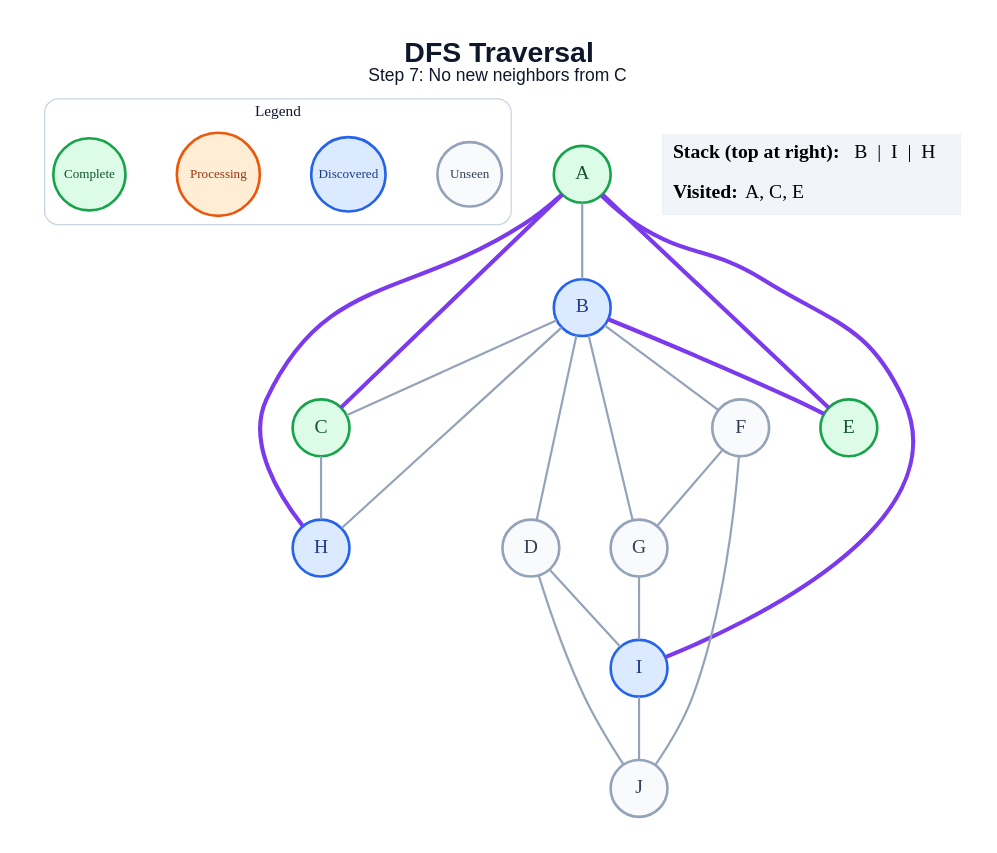
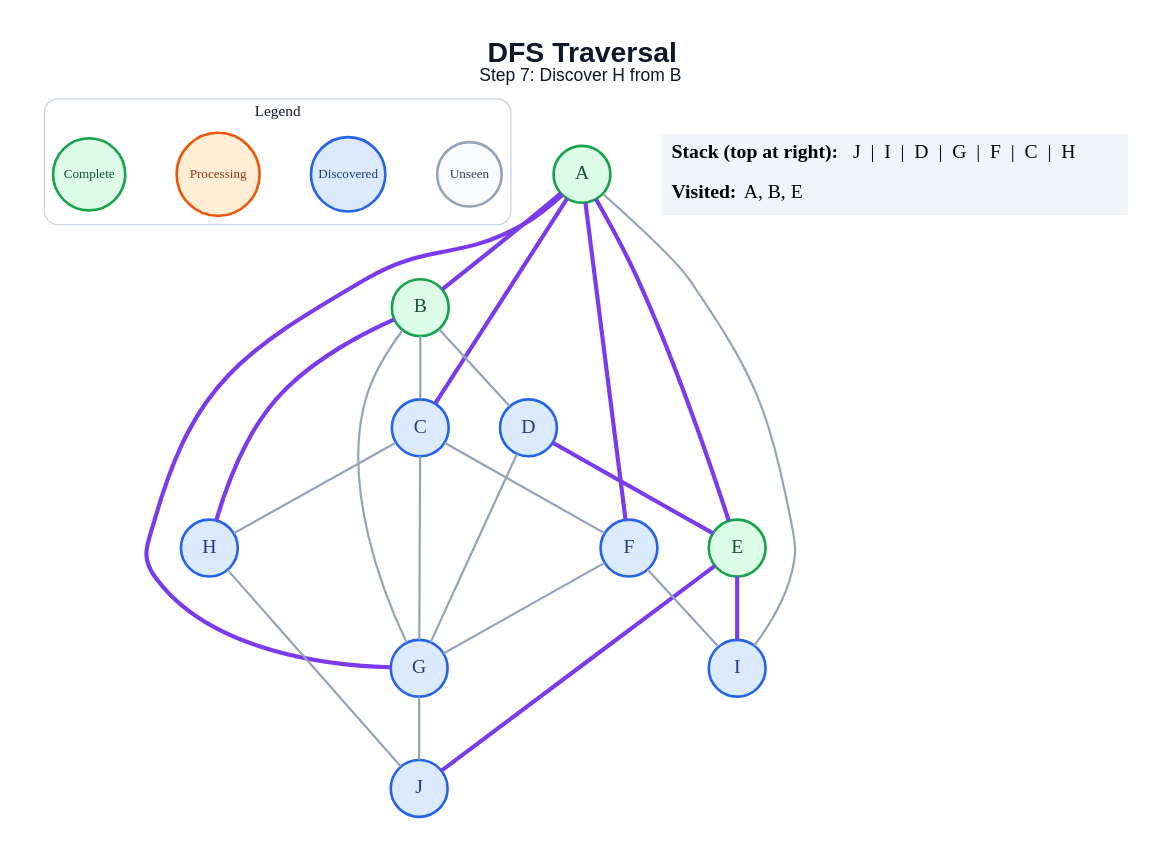
The diagram in generated/specific-node/dfs/step_07.dot (amanghodawala9/ai-slop), drawn with Graphviz before and after one commit. The commit also changed 178 other files, not shown here.

```diff
--- a/generated/specific-node/dfs/step_07.dot
+++ b/generated/specific-node/dfs/step_07.dot
@@ -1,47 +1,50 @@
 graph traversal {
   graph [layout=dot, rankdir=TB, bgcolor="#FFFFFF", pad="0.35", nodesep="0.65", ranksep="0.8", fontname="Arial"];
   node [shape=circle, style="filled", fontname="Arial Bold", fontsize=18, width=0.72, fixedsize=true, penwidth=2.4];
   edge [color="#94A3B8", penwidth=2.0];
-  label=<<B>DFS Traversal</B><BR/><FONT POINT-SIZE="16">Step 7: No new neighbors from C</FONT>>; labelloc="t"; fontsize=26; fontname="Arial"; fontcolor="#0F172A";
+  label=<<B>DFS Traversal</B><BR/><FONT POINT-SIZE="16">Step 7: Discover H from B</FONT>>; labelloc="t"; fontsize=26; fontname="Arial"; fontcolor="#0F172A";
   subgraph cluster_legend { label="Legend"; color="#CBD5E1"; penwidth=1.2; style="rounded"; fontsize=14; fontname="Arial Bold";
     key_unseen [label="Unseen", fillcolor="#F8FAFC", color="#94A3B8", fontcolor="#334155", fontsize=12, width=0.82];
     key_frontier [label="Discovered", fillcolor="#DBEAFE", color="#2563EB", fontcolor="#1E3A8A", fontsize=12, width=0.95];
     key_current [label="Processing", fillcolor="#FFEDD5", color="#EA580C", fontcolor="#9A3412", fontsize=12, width=1.05];
     key_done [label="Complete", fillcolor="#DCFCE7", color="#16A34A", fontcolor="#14532D", fontsize=12, width=0.92];
     { rank=same; key_unseen; key_frontier; key_current; key_done; }
   }
   A [fillcolor="#DCFCE7", color="#16A34A", fontcolor="#14532D"];
-  B [fillcolor="#DBEAFE", color="#2563EB", fontcolor="#1E3A8A"];
-  C [fillcolor="#DCFCE7", color="#16A34A", fontcolor="#14532D"];
-  D [fillcolor="#F8FAFC", color="#94A3B8", fontcolor="#334155"];
+  B [fillcolor="#DCFCE7", color="#16A34A", fontcolor="#14532D"];
+  C [fillcolor="#DBEAFE", color="#2563EB", fontcolor="#1E3A8A"];
+  D [fillcolor="#DBEAFE", color="#2563EB", fontcolor="#1E3A8A"];
   E [fillcolor="#DCFCE7", color="#16A34A", fontcolor="#14532D"];
-  F [fillcolor="#F8FAFC", color="#94A3B8", fontcolor="#334155"];
-  G [fillcolor="#F8FAFC", color="#94A3B8", fontcolor="#334155"];
+  F [fillcolor="#DBEAFE", color="#2563EB", fontcolor="#1E3A8A"];
+  G [fillcolor="#DBEAFE", color="#2563EB", fontcolor="#1E3A8A"];
   H [fillcolor="#DBEAFE", color="#2563EB", fontcolor="#1E3A8A"];
   I [fillcolor="#DBEAFE", color="#2563EB", fontcolor="#1E3A8A"];
-  J [fillcolor="#F8FAFC", color="#94A3B8", fontcolor="#334155"];
-  A -- B;
+  J [fillcolor="#DBEAFE", color="#2563EB", fontcolor="#1E3A8A"];
+  A -- B [color="#7C3AED", penwidth=3.8];
   A -- C [color="#7C3AED", penwidth=3.8];
   A -- E [color="#7C3AED", penwidth=3.8];
-  A -- H [color="#7C3AED", penwidth=3.8];
-  A -- I [color="#7C3AED", penwidth=3.8];
+  A -- F [color="#7C3AED", penwidth=3.8];
+  A -- G [color="#7C3AED", penwidth=3.8];
+  A -- I;
   B -- C;
   B -- D;
-  B -- E [color="#7C3AED", penwidth=3.8];
-  B -- F;
   B -- G;
-  B -- H;
+  B -- H [color="#7C3AED", penwidth=3.8];
+  C -- F;
+  C -- G;
   C -- H;
-  D -- I;
-  D -- J;
+  D -- E [color="#7C3AED", penwidth=3.8];
+  D -- G;
+  E -- I [color="#7C3AED", penwidth=3.8];
+  E -- J [color="#7C3AED", penwidth=3.8];
   F -- G;
-  F -- J;
-  G -- I;
-  I -- J;
+  F -- I;
+  G -- J;
+  H -- J;
   status [shape=plain, fixedsize=false, width=0, height=0, margin=0, label=<
     <TABLE BORDER="0" CELLBORDER="0" CELLPADDING="7" BGCOLOR="#F1F5F9">
-      <TR><TD ALIGN="LEFT"><B>Stack (top at right):</B> B  |  I  |  H</TD></TR>
-      <TR><TD ALIGN="LEFT"><B>Visited:</B> A, C, E</TD></TR>
+      <TR><TD ALIGN="LEFT"><B>Stack (top at right):</B> J  |  I  |  D  |  G  |  F  |  C  |  H</TD></TR>
+      <TR><TD ALIGN="LEFT"><B>Visited:</B> A, B, E</TD></TR>
     </TABLE>
   >];
 }
```
